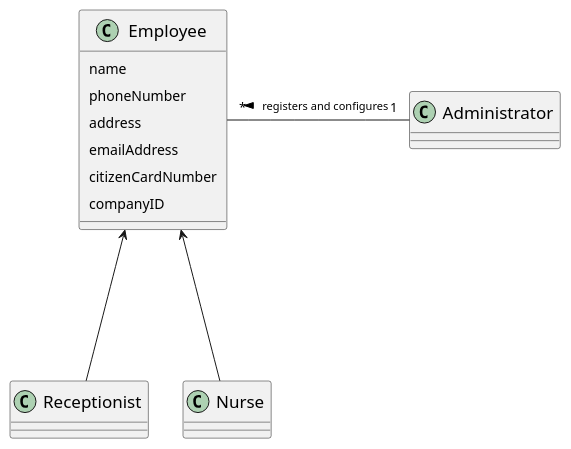
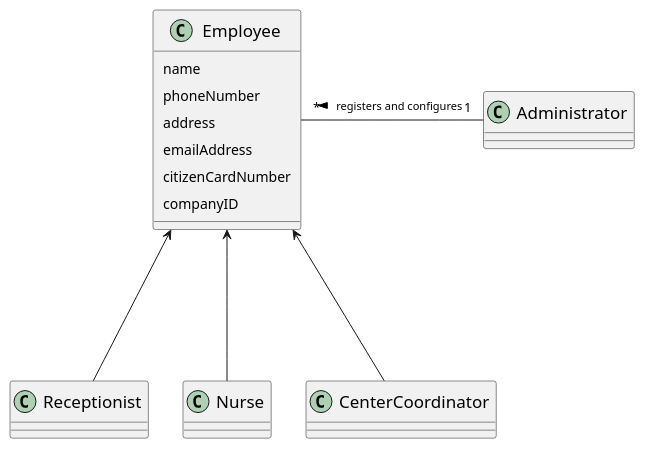
Before and after one commit to diogonapoles/isep-lapr2: the diagram in docs/SprintB/UserStories/US10/US010_DM.puml, drawn with PlantUML. The commit also changed 7 other files, not shown here.

```diff
--- a/docs/SprintB/UserStories/US10/US010_DM.puml
+++ b/docs/SprintB/UserStories/US10/US010_DM.puml
@@ -1,24 +1,25 @@
 @startuml
 skinparam classFontSize 17
 skinparam padding 4
 skinparam ranksep 150
 
 class Administrator
 class Employee{
 <size:14>name
 <size:14>phoneNumber
 <size:14>address
 <size:14>emailAddress
 <size:14>citizenCardNumber
 <size:14>companyID
 }
 class Receptionist
 class Nurse
+class CenterCoordinator
 
-
+Employee <-- CenterCoordinator
 Employee <-- Nurse
 Employee <-- Receptionist
 
 Administrator "1" -left- "*" Employee : <size:11>registers and configures >
 
 @enduml
```
